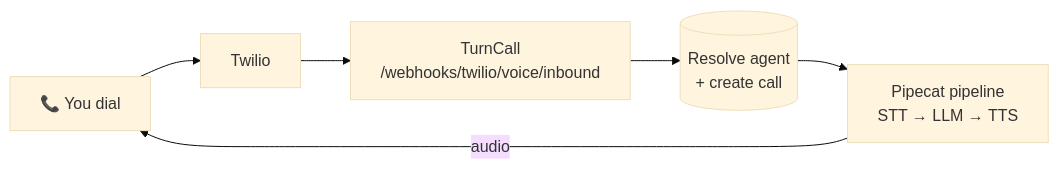
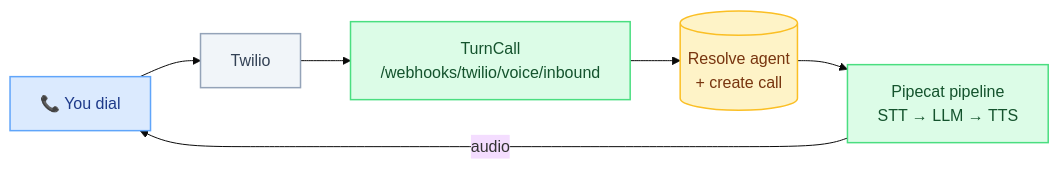
The diagram in docs/quickstart.mdx (kobikis/turncall), drawn with Mermaid (base theme) before and after one commit. The commit also changed 6 other files, not shown here.

````diff
--- a/docs/quickstart.mdx
+++ b/docs/quickstart.mdx
@@ -155,8 +155,17 @@
 ```mermaid
 flowchart LR
     You["📞 You dial"] --> T["Twilio"]
     T --> WH["TurnCall<br/>/webhooks/twilio/voice/inbound"]
     WH --> DB[("Resolve agent<br/>+ create call")]
     DB --> A["Pipecat pipeline<br/>STT → LLM → TTS"]
     A -->|audio| You
+
+    classDef client fill:#dbeafe,stroke:#60a5fa,stroke-width:1.5px,color:#1e3a8a
+    classDef vendor fill:#f1f5f9,stroke:#94a3b8,stroke-width:1.5px,color:#334155
+    classDef core fill:#dcfce7,stroke:#4ade80,stroke-width:1.5px,color:#14532d
+    classDef store fill:#fef3c7,stroke:#fbbf24,stroke-width:1.5px,color:#78350f
+    class You client
+    class T vendor
+    class WH,A core
+    class DB store
 ```
````
